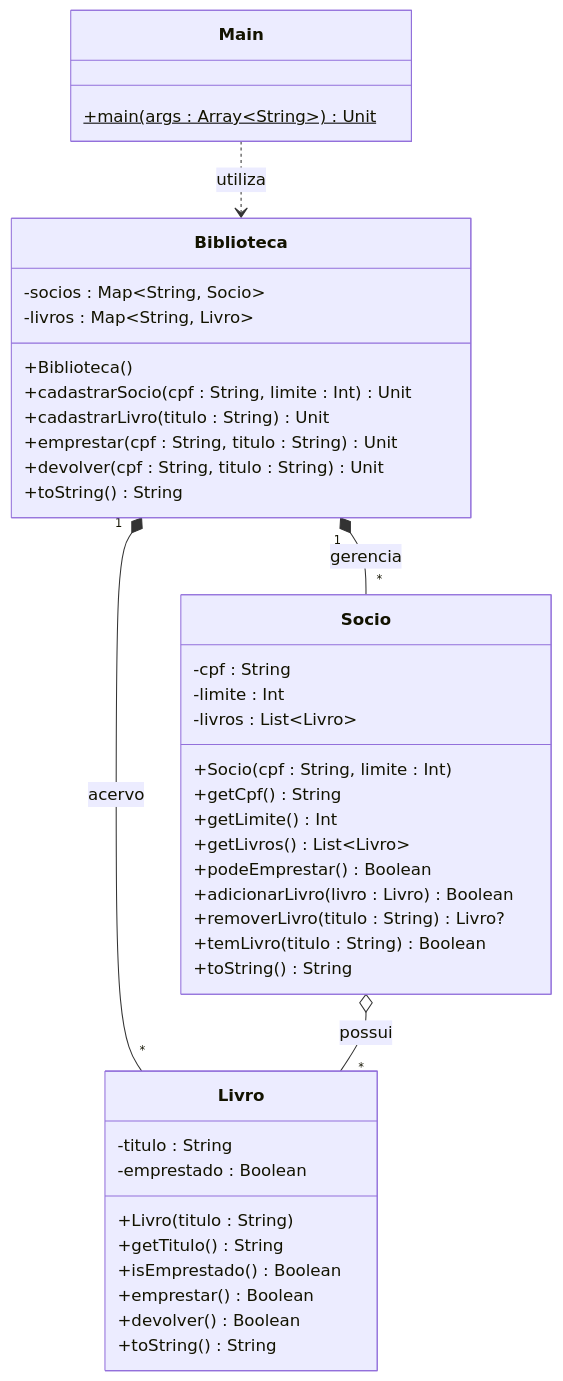
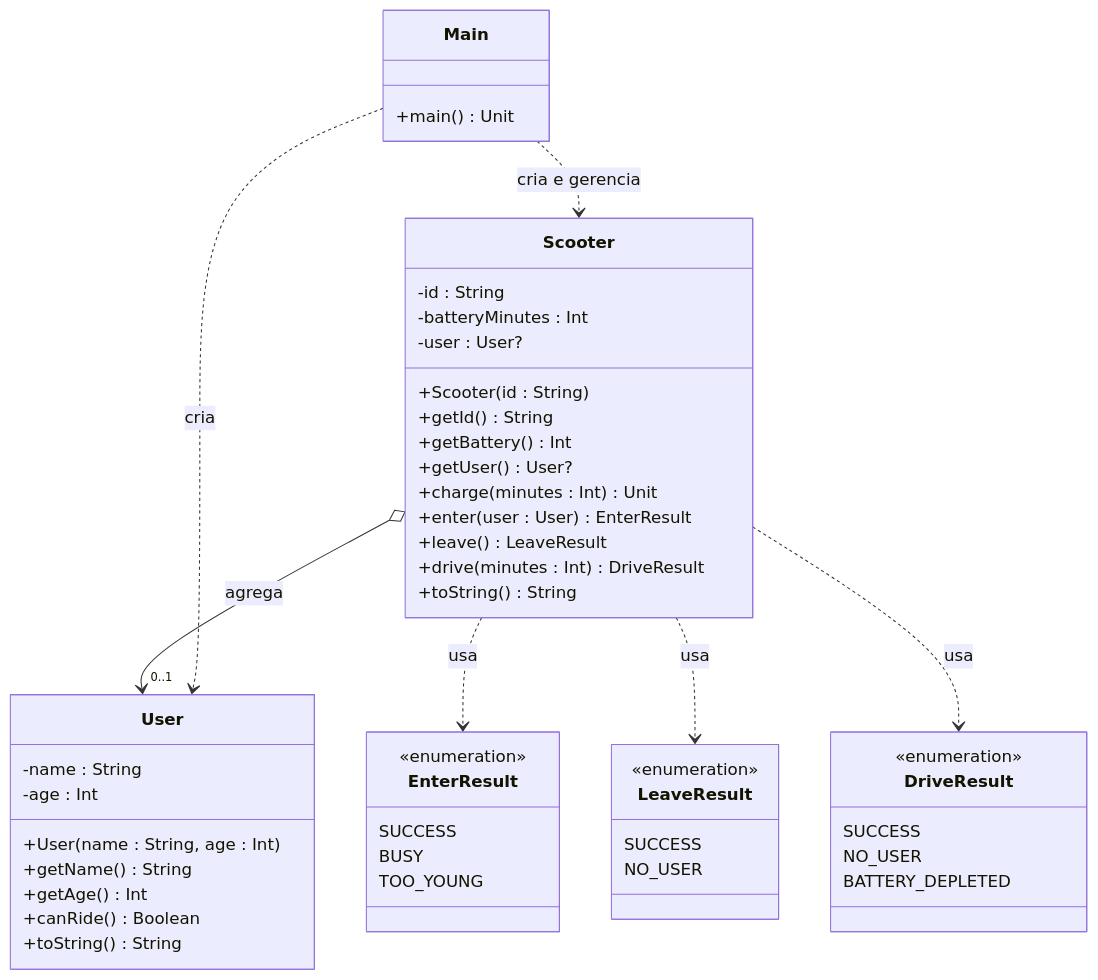
The diagram in output/Questão-02/README.md (marquinvitor/Forja), drawn with Mermaid before and after one commit. The commit also changed other lines of this file and 23 other files, not shown here.

````diff
--- a/output/Questão-02/README.md
+++ b/output/Questão-02/README.md
@@ -79,51 +78,61 @@
 ```mermaid
 %%{init: { "fontFamily": "monospace" } }%%
 classDiagram
     direction TB
 
-    class Livro {
-        -titulo : String
-        -emprestado : Boolean
-        +Livro(titulo : String)
-        +getTitulo() String
-        +isEmprestado() Boolean
-        +emprestar() Boolean
-        +devolver() Boolean
+    class EnterResult {
+        <<enumeration>>
+        SUCCESS
+        BUSY
+        TOO_YOUNG
+    }
+
+    class LeaveResult {
+        <<enumeration>>
+        SUCCESS
+        NO_USER
+    }
+
+    class DriveResult {
+        <<enumeration>>
+        SUCCESS
+        NO_USER
+        BATTERY_DEPLETED
+    }
+
+    class User {
+        -name : String
+        -age : Int
+        +User(name : String, age : Int)
+        +getName() String
+        +getAge() Int
+        +canRide() Boolean
         +toString() String
     }
 
-    class Socio {
-        -cpf : String
-        -limite : Int
-        -livros : List~Livro~
-        +Socio(cpf : String, limite : Int)
-        +getCpf() String
-        +getLimite() Int
-        +getLivros() List~Livro~
-        +podeEmprestar() Boolean
-        +adicionarLivro(livro : Livro) Boolean
-        +removerLivro(titulo : String) Livro?
-        +temLivro(titulo : String) Boolean
-        +toString() String
-    }
-
-    class Biblioteca {
-        -socios : Map~String, Socio~
-        -livros : Map~String, Livro~
-        +Biblioteca()
-        +cadastrarSocio(cpf : String, limite : Int) Unit
-        +cadastrarLivro(titulo : String) Unit
-        +emprestar(cpf : String, titulo : String) Unit
-        +devolver(cpf : String, titulo : String) Unit
+    class Scooter {
+        -id : String
+        -batteryMinutes : Int
+        -user : User?
+        +Scooter(id : String)
+        +getId() String
+        +getBattery() Int
+        +getUser() User?
+        +charge(minutes : Int) Unit
+        +enter(user : User) EnterResult
+        +leave() LeaveResult
+        +drive(minutes : Int) DriveResult
         +toString() String
     }
 
     class Main {
-        +main(args : Array~String~) Unit$
+        +main() Unit
     }
 
-    Biblioteca "1" *-- "*" Socio : gerencia
-    Biblioteca "1" *-- "*" Livro : acervo
-    Socio o-- "*" Livro : possui
-    Main ..> Biblioteca : utiliza
+    Scooter o--> "0..1" User : agrega
+    Scooter ..> EnterResult : usa
+    Scooter ..> LeaveResult : usa
+    Scooter ..> DriveResult : usa
+    Main ..> Scooter : cria e gerencia
+    Main ..> User : cria
 ```
````
